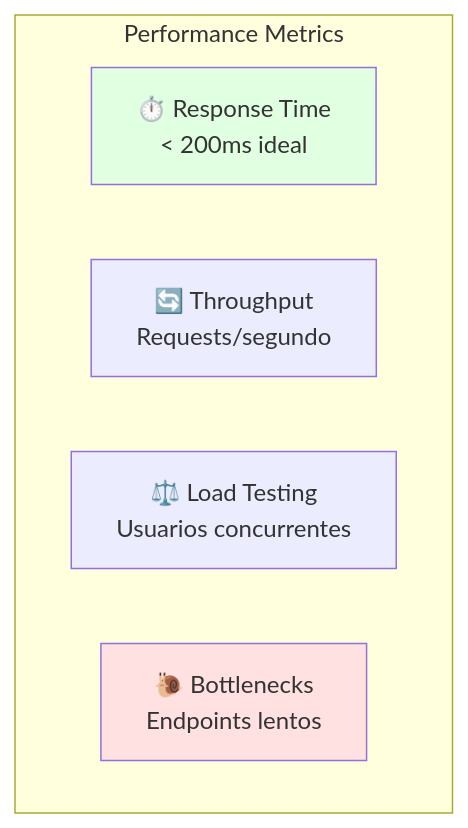
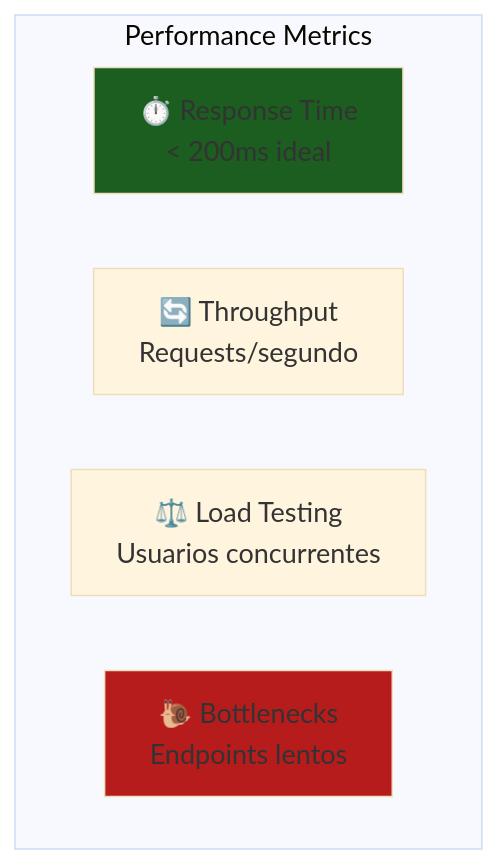
One commit to Ai-Whisperers/Courses-Content changed the sixth of 7 diagrams in courses/🟡-development/FPUNA-2026/01-DESARROLLO-SOFTWARE/especializaciones/qa-automation/02-pruebas-api.md. Above: the diagram before and after it, drawn with Mermaid. The commit also changed other lines of this file and 47 other files, not shown here.

First line of the commit message:
fix: Make all 473 diagrams WCAG AAA accessible (FPUNA-2026)

````diff
--- a/courses/🟡-development/FPUNA-2026/01-DESARROLLO-SOFTWARE/especializaciones/qa-automation/02-pruebas-api.md
+++ b/courses/🟡-development/FPUNA-2026/01-DESARROLLO-SOFTWARE/especializaciones/qa-automation/02-pruebas-api.md
@@ -777,12 +782,13 @@
 ```mermaid
+%%{init: {'theme':'base', 'themeVariables': {'fontSize':'18px'}}}%%
 graph TD
     subgraph "Performance Metrics"
         A[⏱️ Response Time<br/>< 200ms ideal]
         B[🔄 Throughput<br/>Requests/segundo]
         C[⚖️ Load Testing<br/>Usuarios concurrentes]
         D[🐌 Bottlenecks<br/>Endpoints lentos]
     end
     
-    style A fill:#E1FFE1
-    style D fill:#FFE1E1
+    style A fill:#1b5e20
+    style D fill:#b71c1c
 ```
````
